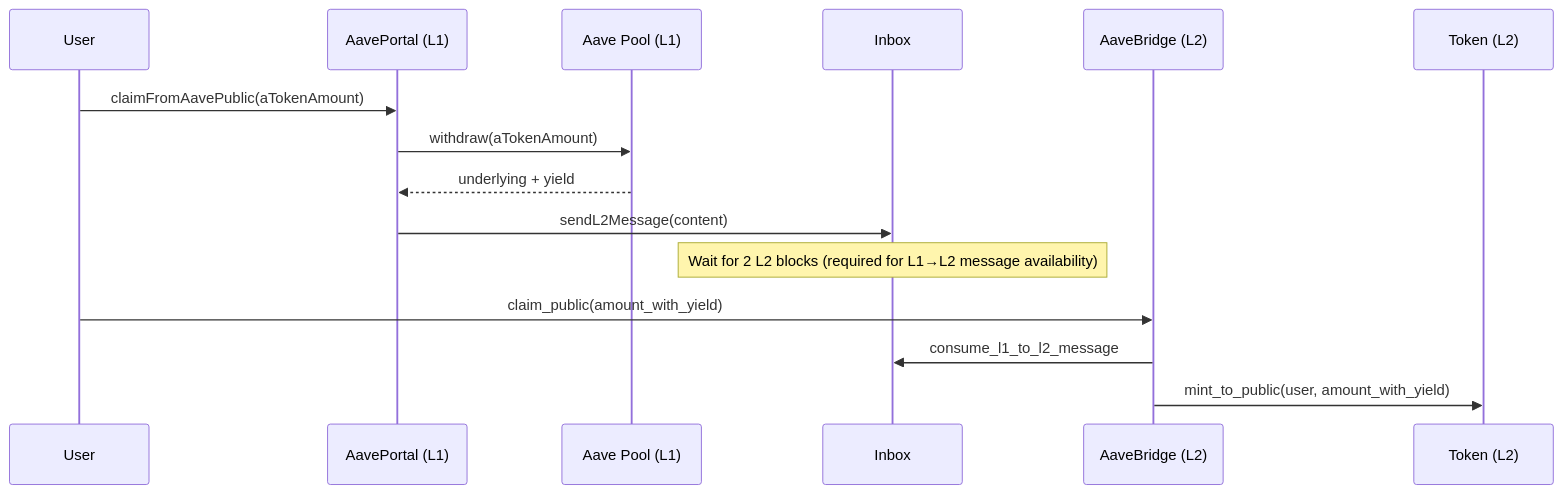
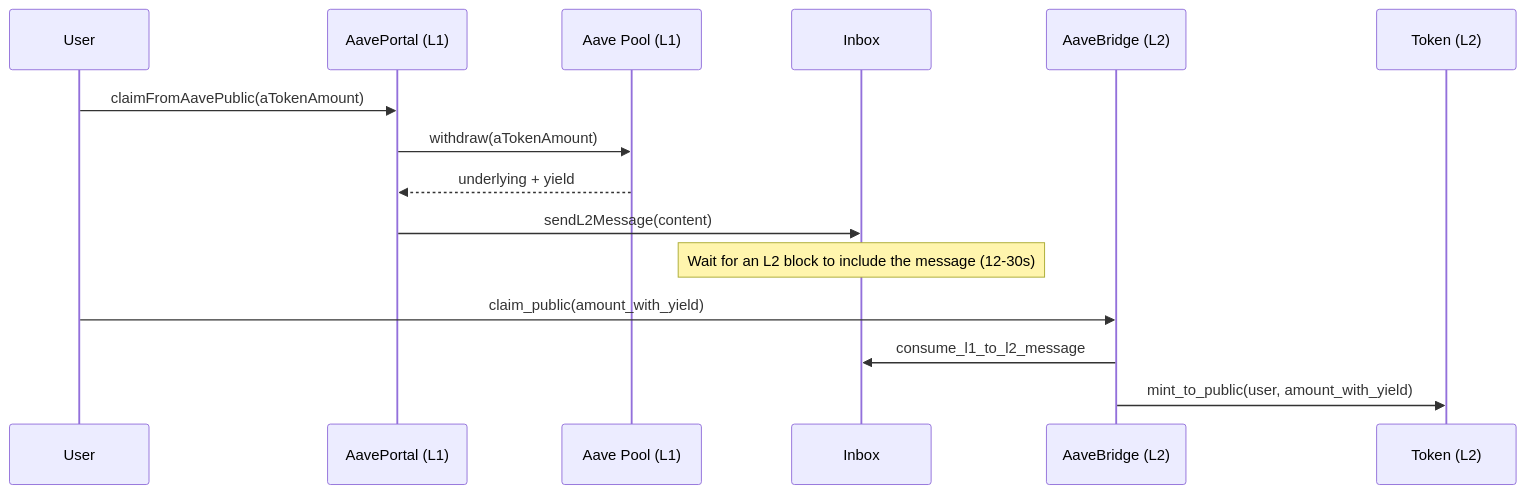
Before and after one commit to aztec-labs-eng/aztec-node: the third of 3 diagrams in docs/docs-developers/docs/tutorials/js_tutorials/aave_bridge.md, drawn with Mermaid. The commit also changed other lines of this file and 6 other files, not shown here.

````diff
--- a/docs/docs-developers/docs/tutorials/js_tutorials/aave_bridge.md
+++ b/docs/docs-developers/docs/tutorials/js_tutorials/aave_bridge.md
@@ -86,18 +86,18 @@
 ```mermaid
 sequenceDiagram
     participant User
     participant Portal as AavePortal (L1)
     participant Aave as Aave Pool (L1)
     participant Inbox as Inbox
     participant Bridge as AaveBridge (L2)
     participant Token as Token (L2)
 
     User->>Portal: claimFromAavePublic(aTokenAmount)
     Portal->>Aave: withdraw(aTokenAmount)
     Aave-->>Portal: underlying + yield
     Portal->>Inbox: sendL2Message(content)
-    Note over Inbox: Wait for 2 L2 blocks (required for L1→L2 message availability)
+    Note over Inbox: Wait for an L2 block to include the message (12-30s)
     User->>Bridge: claim_public(amount_with_yield)
     Bridge->>Inbox: consume_l1_to_l2_message
     Bridge->>Token: mint_to_public(user, amount_with_yield)
 ```
````
